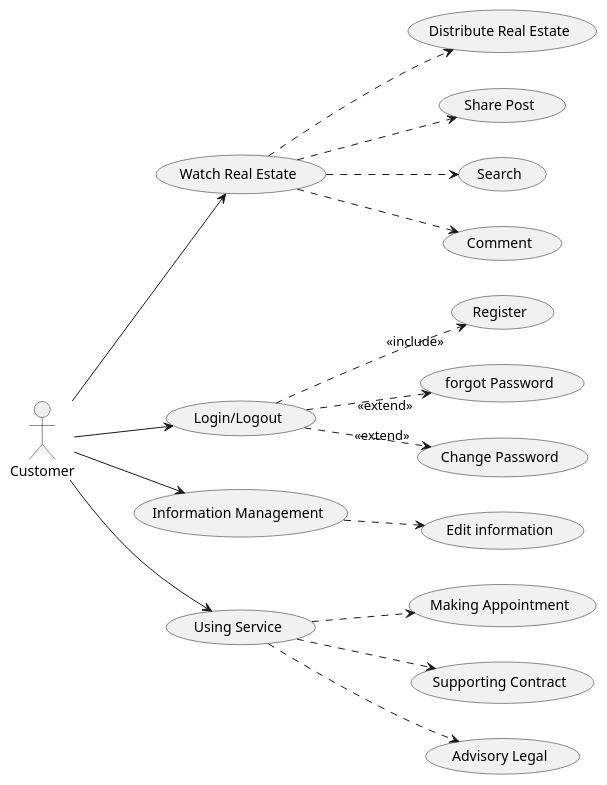
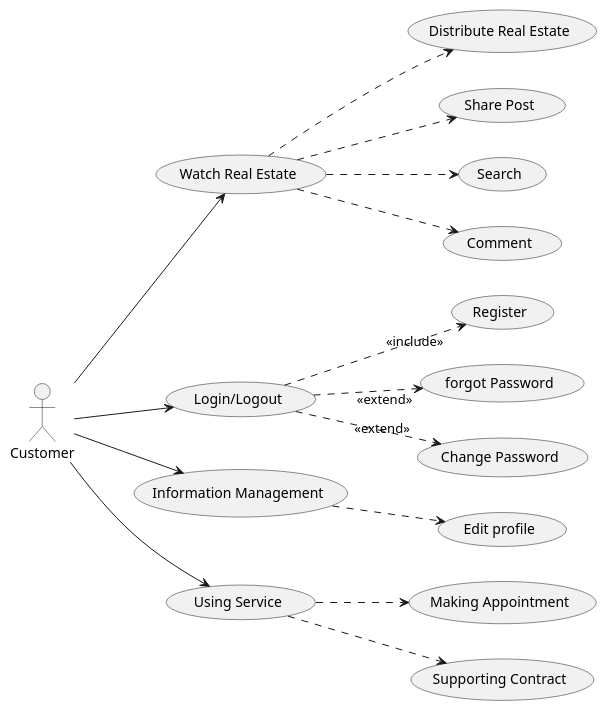
The diagram in Lab1.2/UseCase_Diagram/Usecase_Customer.plantuml (KaLord2231/SE357-Pratice-class), drawn with PlantUML before and after one commit. The commit also changed 8 other files, not shown here.

```diff
--- a/Lab1.2/UseCase_Diagram/Usecase_Customer.plantuml
+++ b/Lab1.2/UseCase_Diagram/Usecase_Customer.plantuml
@@ -1,36 +1,36 @@
 @startuml
 left to right direction
 Actor "Customer" as Cus
 usecase "Watch Real Estate" as WRS
     usecase "Distribute Real Estate"as DRE /'Phân loại BDS'/
     usecase "Share Post" as Share 
     usecase "Search"as Search
     usecase "Comment" as Comment
 
     (WRS)..>(DRE)
     (WRS)..>(Share)
     (WRS)..>(Search)
     (WRS)..>(Comment)
 Cus-->WRS
 usecase "Login/Logout" as log 
     usecase "Register" as Reg 
     usecase "forgot Password" as fogot 
     usecase "Change Password" as ChgPass 
 (log)..>"<<include>>"(Reg)
 (log)..>"<<extend>>"(fogot)
 (log)..>"<<extend>>"(ChgPass)
 Cus-->log
 usecase "Information Management" as InfManage
-    usecase "Edit information" as EdInf
+    usecase "Edit profile" as EdInf
     Cus-->(InfManage)
     (InfManage)..>(EdInf)
 
 usecase "Using Service" as Serv
     usecase "Making Appointment" as MAP /'Đặt lịch hẹn'/
     usecase "Supporting Contract" as SuCon /'Hỗ trợ hợp đồng'/
-    usecase "Advisory Legal" as AdLegal /'Tư vấn luật'/
+    
     (Serv)..>(MAP)
     (Serv)..>(SuCon)
-    (Serv)..>(AdLegal)
+
 Cus -->(Serv)
 @enduml
```
